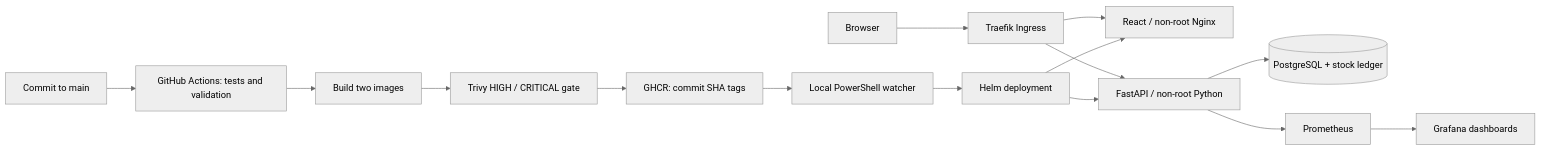
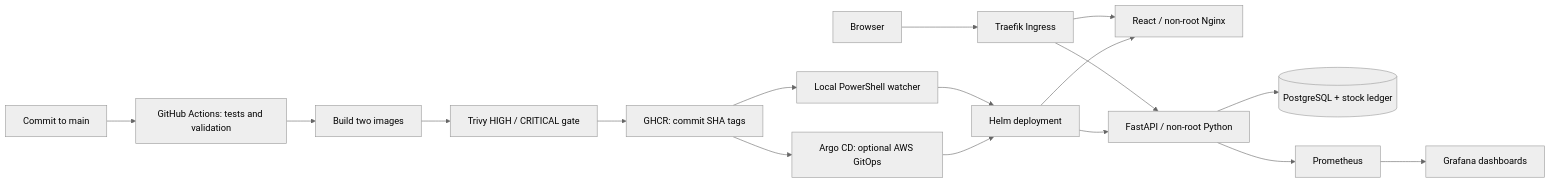
One commit to piyush6805/devops_capstone_project changed the diagram in README.md. Above: the diagram before and after it, drawn with Mermaid (neutral theme). The commit also changed other lines of this file and 21 other files, not shown here.

Commit message:
feat: add Argo CD GitOps deployment

````diff
--- a/README.md
+++ b/README.md
@@ -13,17 +13,19 @@
 ```mermaid
 flowchart LR
   Git[Commit to main] --> CI[GitHub Actions: tests and validation]
   CI --> Build[Build two images]
   Build --> Scan[Trivy HIGH / CRITICAL gate]
   Scan --> Registry[GHCR: commit SHA tags]
   Registry --> Watch[Local PowerShell watcher]
+  Registry --> Argo[Argo CD: optional AWS GitOps]
   Watch --> Helm[Helm deployment]
   Browser --> Ingress[Traefik Ingress]
   Ingress --> UI[React / non-root Nginx]
   Ingress --> API[FastAPI / non-root Python]
   API --> DB[(PostgreSQL + stock ledger)]
   API --> Prom[Prometheus]
   Prom --> Grafana[Grafana dashboards]
   Helm --> UI
   Helm --> API
+  Argo --> Helm
 ```
````
